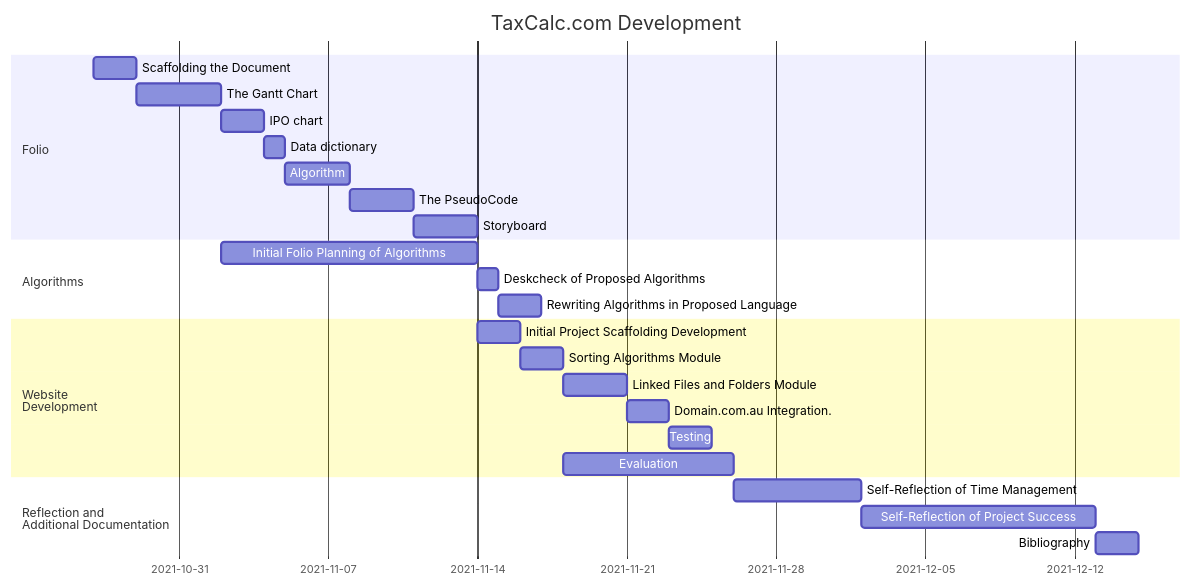
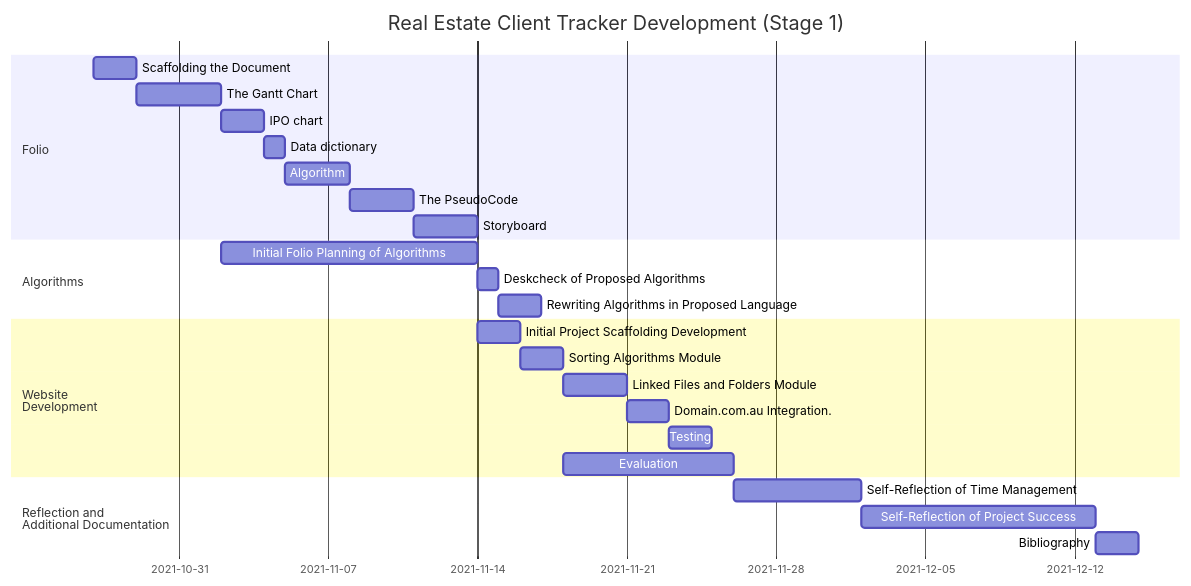
Before and after one commit to amydevs/property-client-manager: the diagram in docs/stage-1/README.md, drawn with Mermaid. The commit also changed 5 other files, not shown here.

````diff
--- a/docs/stage-1/README.md
+++ b/docs/stage-1/README.md
@@ -3,34 +3,34 @@
 ```mermaid
 gantt
     dateFormat  YYYY-MM-DD
-    title TaxCalc.com Development
+    title Real Estate Client Tracker Development (Stage 1)
     %% (`excludes` accepts specific dates in YYYY-MM-DD format, days of the week ("sunday") or "weekends", but not the word "weekdays".)
 	
 	section Folio
 	Scaffolding the Document:initalscaffolding, 2021-10-27, 2d
     The Gantt Chart:initalplanning, after initalscaffolding, 4d
     IPO chart: 2d
     Data dictionary: 1d
     Algorithm : 3d
     The PseudoCode : 3d
     Storyboard :3d
 	
 	section Algorithms
 	Initial Folio Planning of Algorithms :a1, after initalplanning, 12d
 	Deskcheck of Proposed Algorithms :a2, after a1, 1d
     Rewriting Algorithms in Proposed Language : 2d
     
     section Website<br>Development
     Initial Project Scaffolding Development:after a1, 2d
 	
     Sorting Algorithms Module : 2d
     Linked Files and Folders Module : 3d
     Domain.com.au Integration. : 2d
     Testing : 2d
     Evaluation : 2021-11-18, 2021-11-26
     
 	section Reflection and<br>Additional Documentation
 	Self-Reflection of Time Management: 2021-11-26, 2021-12-02
 	Self-Reflection of Project Success: 2021-12-02, 2021-12-13
 	Bibliography: 2021-12-13, 2021-12-15
 ```
````
